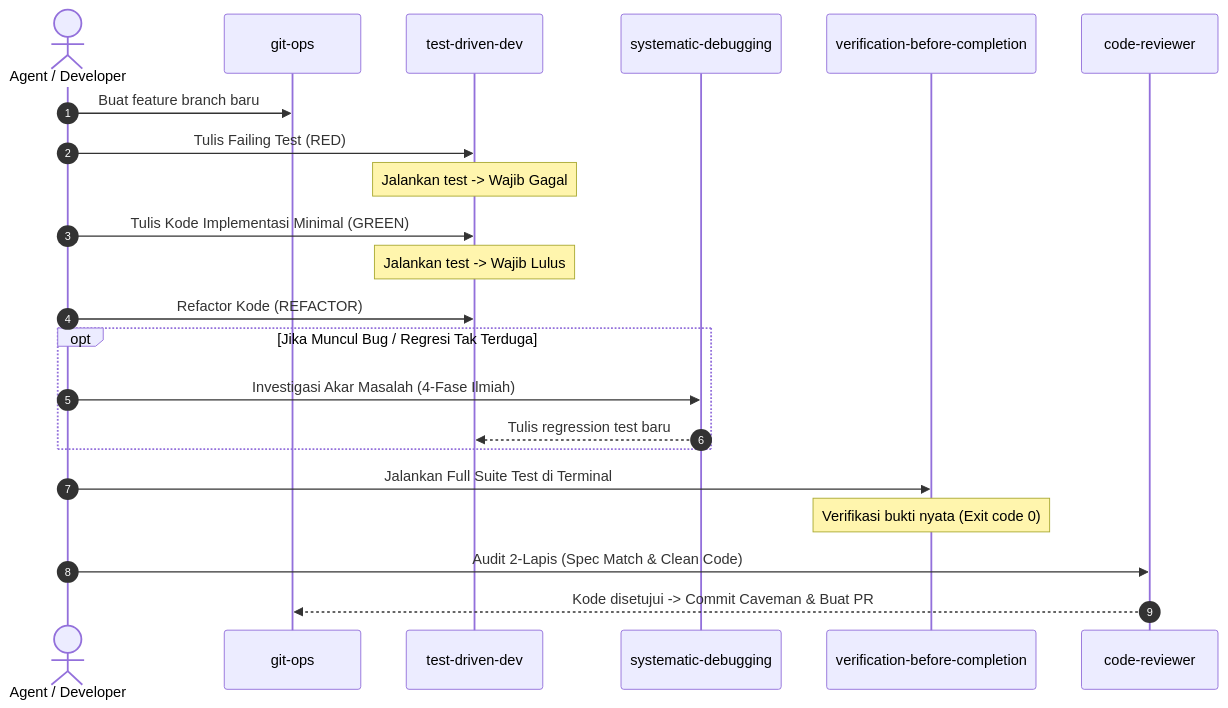
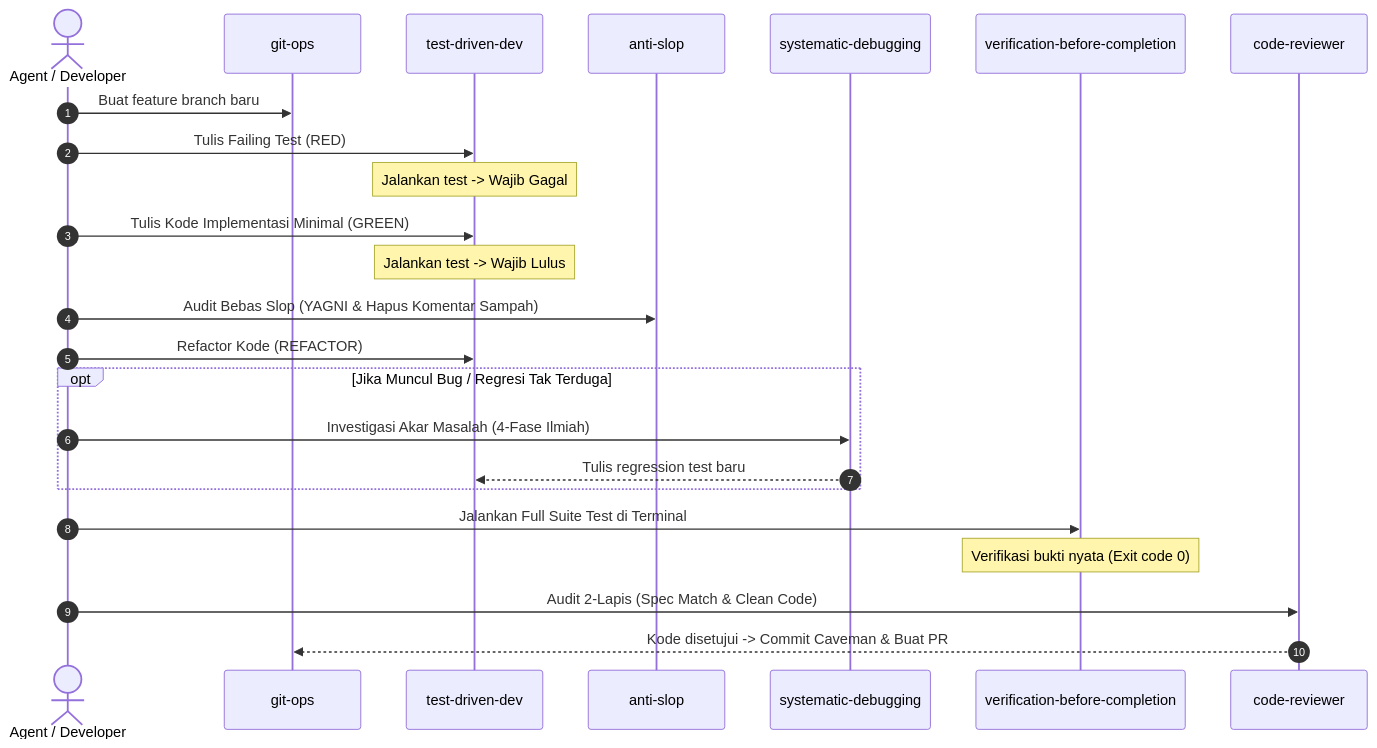
The fourth of 4 diagrams in README.md (okyFaishal/pero-agent-skills), drawn with Mermaid before and after one commit. The commit also changed other lines of this file and 3 other files, not shown here.

First line of the commit message:
feat(anti-slop): add native universal anti-slop engineering skill

````diff
--- a/README.md
+++ b/README.md
@@ -224,27 +229,29 @@
 ```mermaid
 sequenceDiagram
     autonumber
     actor Dev as Agent / Developer
     participant Git as git-ops
     participant TDD as test-driven-dev
+    participant AS as anti-slop
     participant DBG as systematic-debugging
     participant VBC as verification-before-completion
     participant Rev as code-reviewer
 
     Dev->>Git: Buat feature branch baru
     Dev->>TDD: Tulis Failing Test (RED)
     Note over TDD: Jalankan test -> Wajib Gagal
     Dev->>TDD: Tulis Kode Implementasi Minimal (GREEN)
     Note over TDD: Jalankan test -> Wajib Lulus
+    Dev->>AS: Audit Bebas Slop (YAGNI & Hapus Komentar Sampah)
     Dev->>TDD: Refactor Kode (REFACTOR)
     
     opt Jika Muncul Bug / Regresi Tak Terduga
         Dev->>DBG: Investigasi Akar Masalah (4-Fase Ilmiah)
         DBG-->>TDD: Tulis regression test baru
     end
 
     Dev->>VBC: Jalankan Full Suite Test di Terminal
     Note over VBC: Verifikasi bukti nyata (Exit code 0)
     Dev->>Rev: Audit 2-Lapis (Spec Match & Clean Code)
     Rev-->>Git: Kode disetujui -> Commit Caveman & Buat PR
 ```
````
